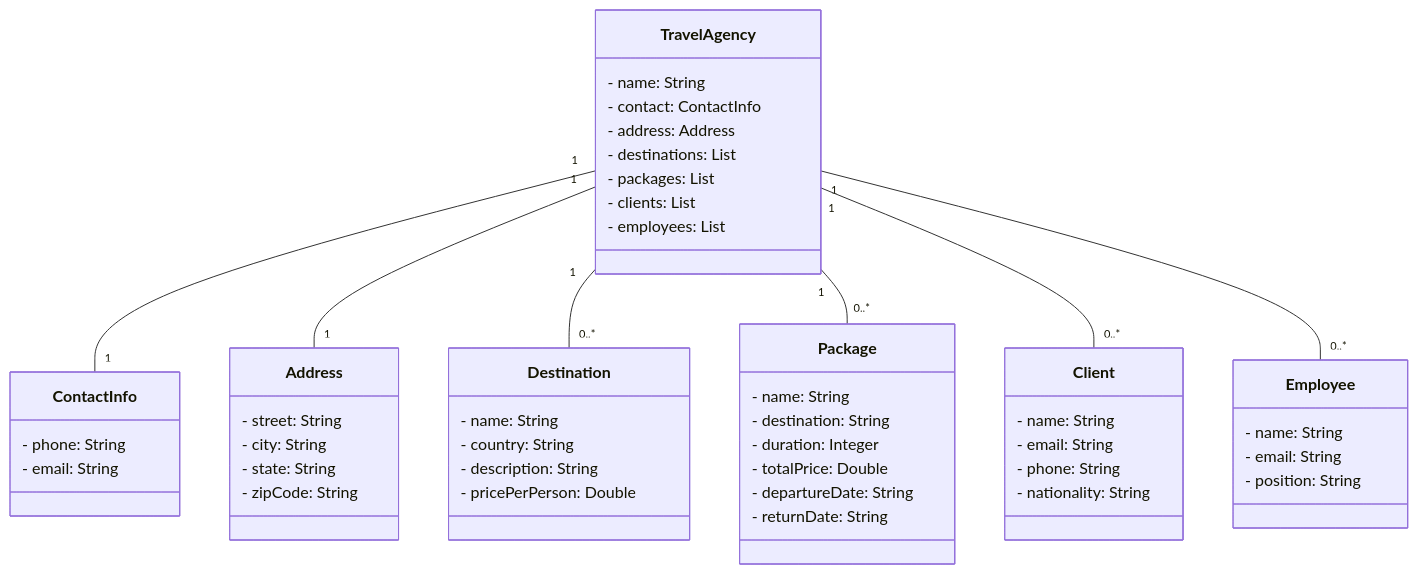
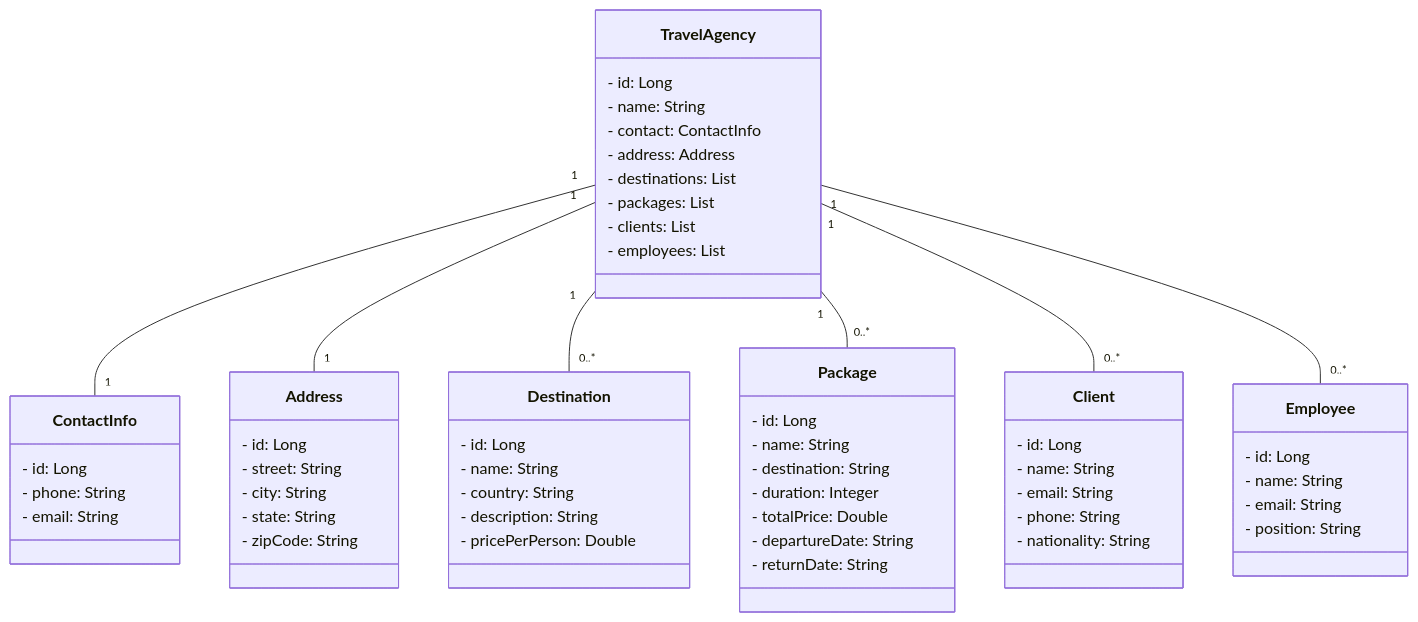
Before and after one commit to Edurequia/travel-agency: the diagram in README.md, drawn with Mermaid.

````diff
--- a/README.md
+++ b/README.md
@@ -3,61 +3,68 @@
 ``` mermaid
 classDiagram
   class TravelAgency {
+    - id: Long
     - name: String
     - contact: ContactInfo
     - address: Address
     - destinations: List<Destination>
     - packages: List<Package>
     - clients: List<Client>
     - employees: List<Employee>
   }
 
   class ContactInfo {
+    - id: Long
     - phone: String
     - email: String
   }
 
   class Address {
+    - id: Long
     - street: String
     - city: String
     - state: String
     - zipCode: String
   }
 
   class Destination {
+    - id: Long
     - name: String
     - country: String
     - description: String
     - pricePerPerson: Double
   }
 
   class Package {
+    - id: Long
     - name: String
     - destination: String
     - duration: Integer
     - totalPrice: Double
     - departureDate: String
     - returnDate: String
   }
 
   class Client {
+    - id: Long
     - name: String
     - email: String
     - phone: String
     - nationality: String
   }
 
   class Employee {
+    - id: Long
     - name: String
     - email: String
     - position: String
   }
 
   TravelAgency "1" -- "1" ContactInfo
   TravelAgency "1" -- "1" Address
   TravelAgency "1" -- "0..*" Destination
   TravelAgency "1" -- "0..*" Package
   TravelAgency "1" -- "0..*" Client
   TravelAgency "1" -- "0..*" Employee
 
 ``` 
````
